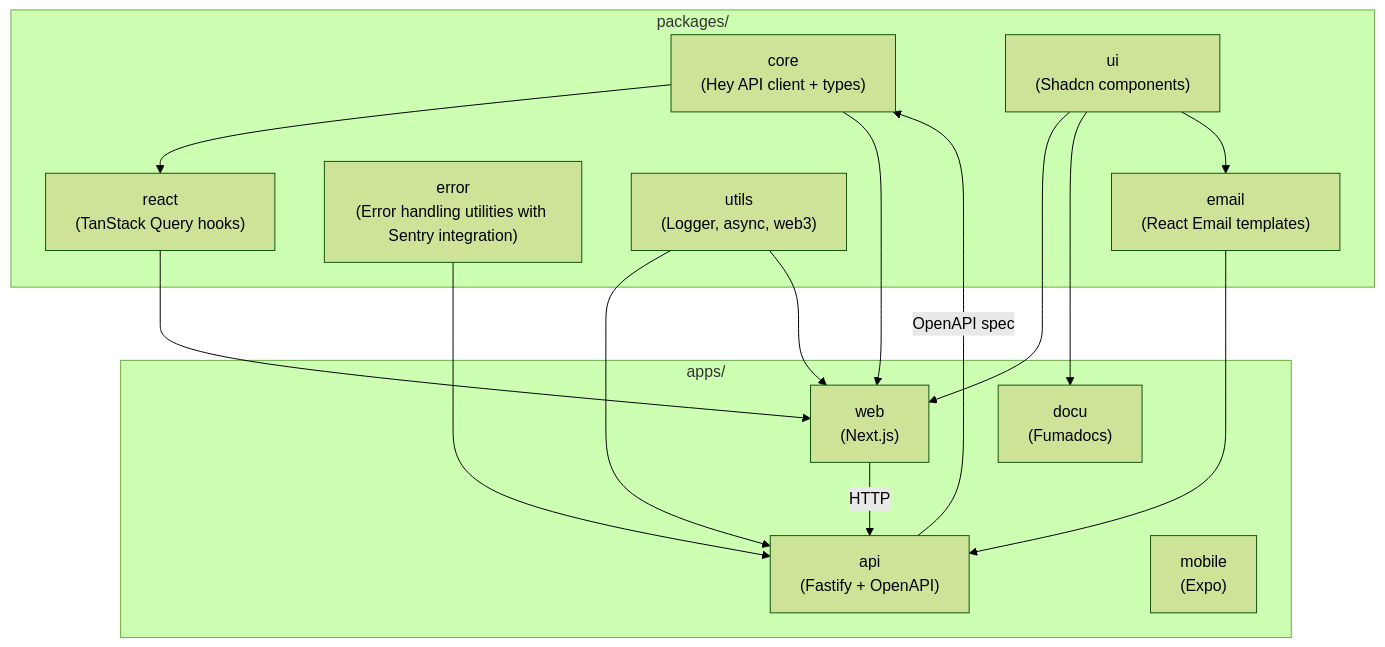
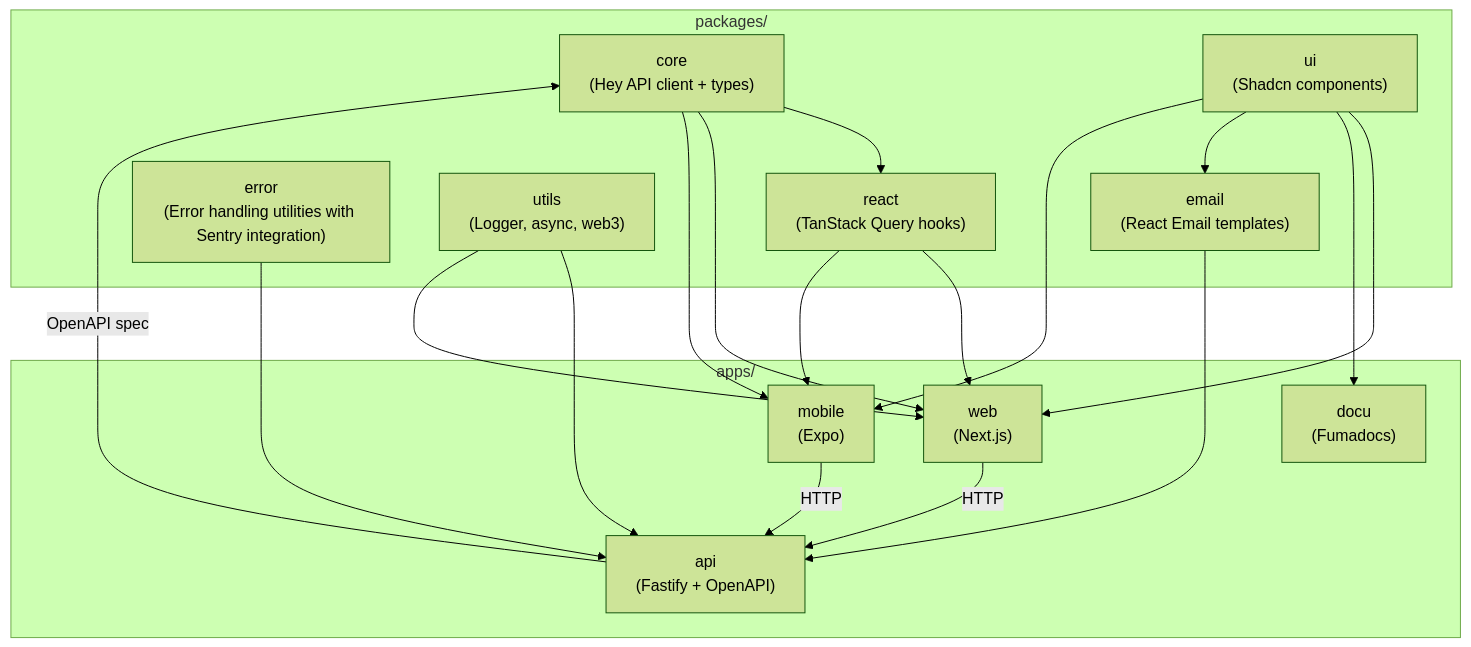
The diagram in apps/docu/content/docs/architecture/monorepo.mdx (blockmatic/basilic), drawn with Mermaid (forest theme) before and after one commit. The commit also changed 34 other files, not shown here.

````diff
--- a/apps/docu/content/docs/architecture/monorepo.mdx
+++ b/apps/docu/content/docs/architecture/monorepo.mdx
@@ -28,31 +28,35 @@
 ```mermaid
 flowchart TB
   subgraph Packages["packages/"]
     Core["core<br/>(Hey API client + types)"]
     React["react<br/>(TanStack Query hooks)"]
     UI["ui<br/>(Shadcn components)"]
     Error["error<br/>(Error handling utilities with Sentry integration)"]
     Utils["utils<br/>(Logger, async, web3)"]
     Email["email<br/>(React Email templates)"]
   end
 
   subgraph Apps["apps/"]
     API["api<br/>(Fastify + OpenAPI)"]
     Web["web<br/>(Next.js)"]
     Mobile["mobile<br/>(Expo)"]
     Docu["docu<br/>(Fumadocs)"]
   end
 
   API -->|OpenAPI spec| Core
   Core --> React
   React --> Web
   Core --> Web
   UI --> Web
   UI --> Docu
   UI --> Email
   Error --> API
   Utils --> API
   Email --> API
   Utils --> Web
+  React --> Mobile
+  Core --> Mobile
+  UI --> Mobile
   Web -->|HTTP| API
+  Mobile -->|HTTP| API
 ```
````
